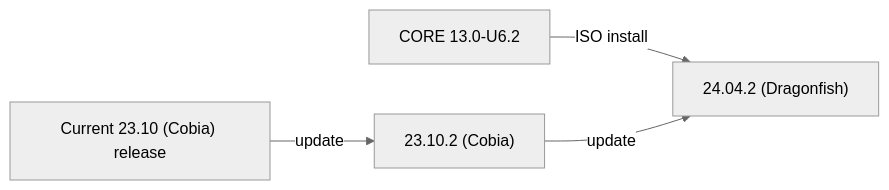
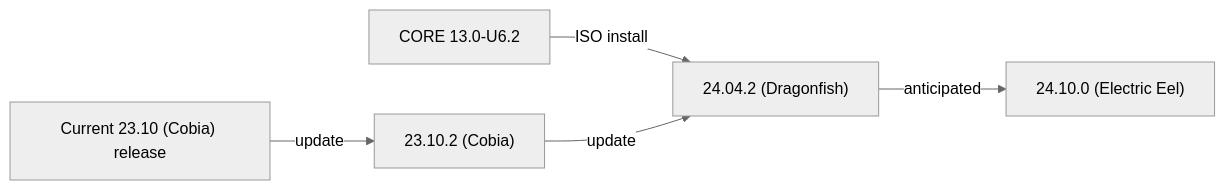
Before and after one commit to truenas/documentation: the second of 2 diagrams in static/includes/SCALEUpgradePaths.md, drawn with Mermaid (neutral theme). The commit also changed other lines of this file, not shown here.

```diff
--- a/static/includes/SCALEUpgradePaths.md
+++ b/static/includes/SCALEUpgradePaths.md
@@ -24,7 +65,8 @@
-      {{< mermaid class="mermaid_sizing" >}}
-      flowchart LR
-        A["CORE 13.0-U6.2"] -->|ISO install| D
-        B["Current 23.10 (Cobia) release"] -->|update| C
-        C["23.10.2 (Cobia)"] -->|update| D
-        D["24.04.2 (Dragonfish)"]
-      {{< /mermaid >}}
+          {{< mermaid class="mermaid_sizing" >}}
+          flowchart LR
+            A["CORE 13.0-U6.2"] -->|ISO install| D
+            B["Current 23.10 (Cobia) release"] -->|update| C
+            C["23.10.2 (Cobia)"] -->|update| D
+            D["24.04.2 (Dragonfish)"]  -->|anticipated| E
+            E["24.10.0 (Electric Eel)"]
+          {{< /mermaid >}}
```
